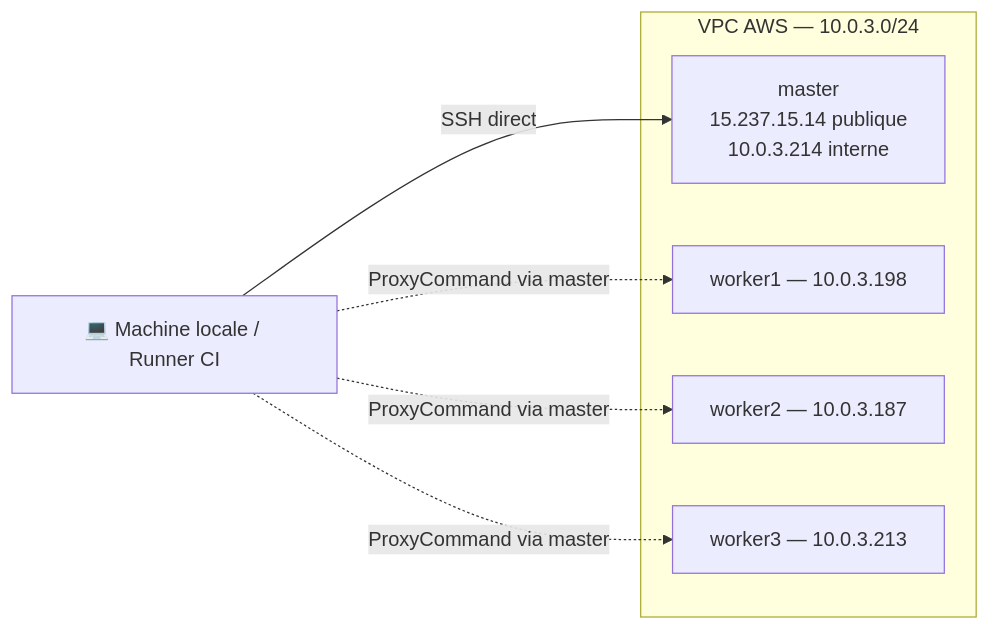
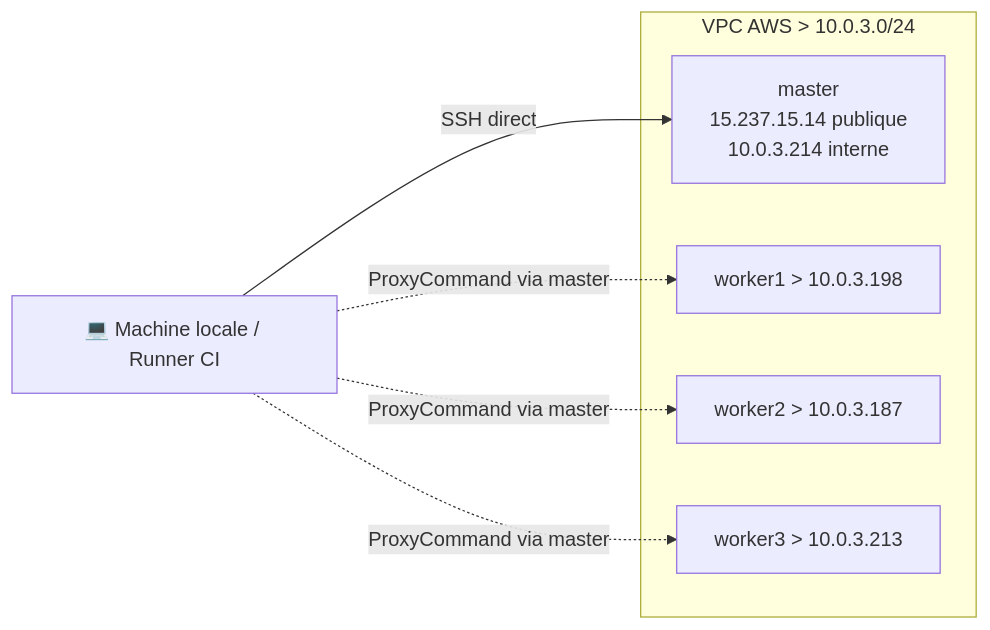
One commit to PikPakPik/T-CLO-902-NAN_1 changed the first of 2 diagrams in docs/ansible.md. Above: the diagram before and after it, drawn with Mermaid. The commit also changed other lines of this file and 29 other files, not shown here.

````diff
--- a/docs/ansible.md
+++ b/docs/ansible.md
@@ -17,11 +15,11 @@
 ```mermaid
 flowchart LR
     laptop[💻 Machine locale / Runner CI] -->|SSH direct| master
     laptop -. ProxyCommand via master .-> w1 & w2 & w3
-    subgraph vpc[VPC AWS — 10.0.3.0/24]
+    subgraph vpc[VPC AWS > 10.0.3.0/24]
         master[master\n15.237.15.14 publique\n10.0.3.214 interne]
-        w1[worker1 — 10.0.3.198]
-        w2[worker2 — 10.0.3.187]
-        w3[worker3 — 10.0.3.213]
+        w1[worker1 > 10.0.3.198]
+        w2[worker2 > 10.0.3.187]
+        w3[worker3 > 10.0.3.213]
     end
 ```
````
